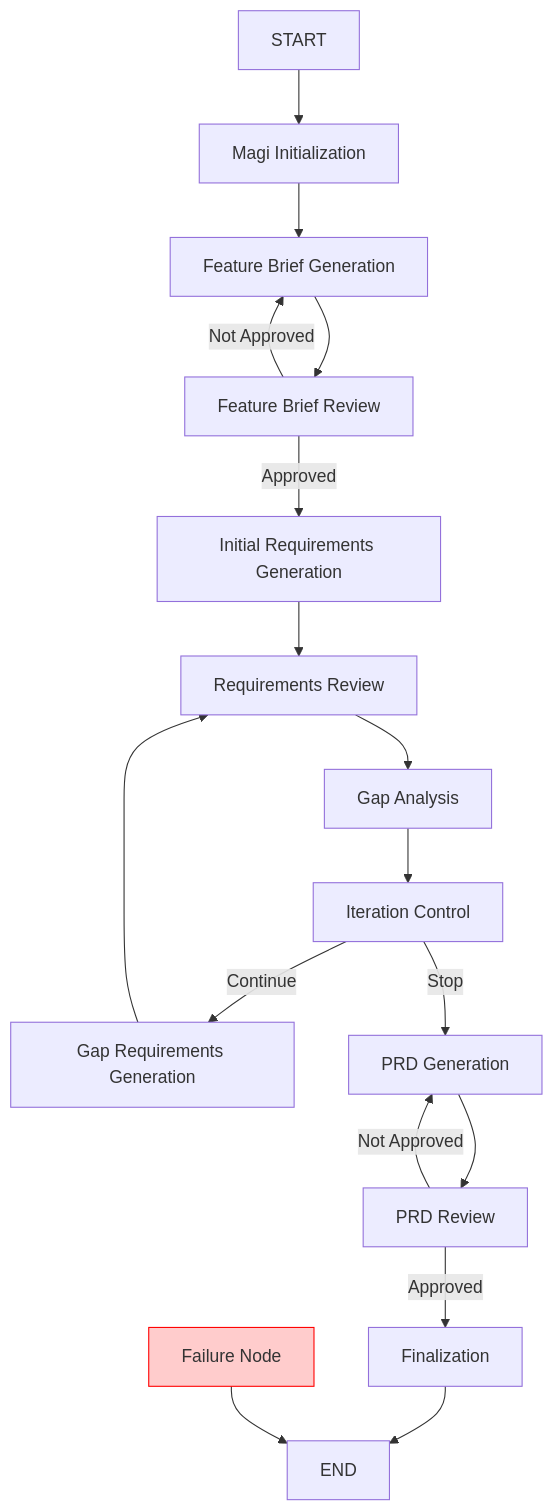
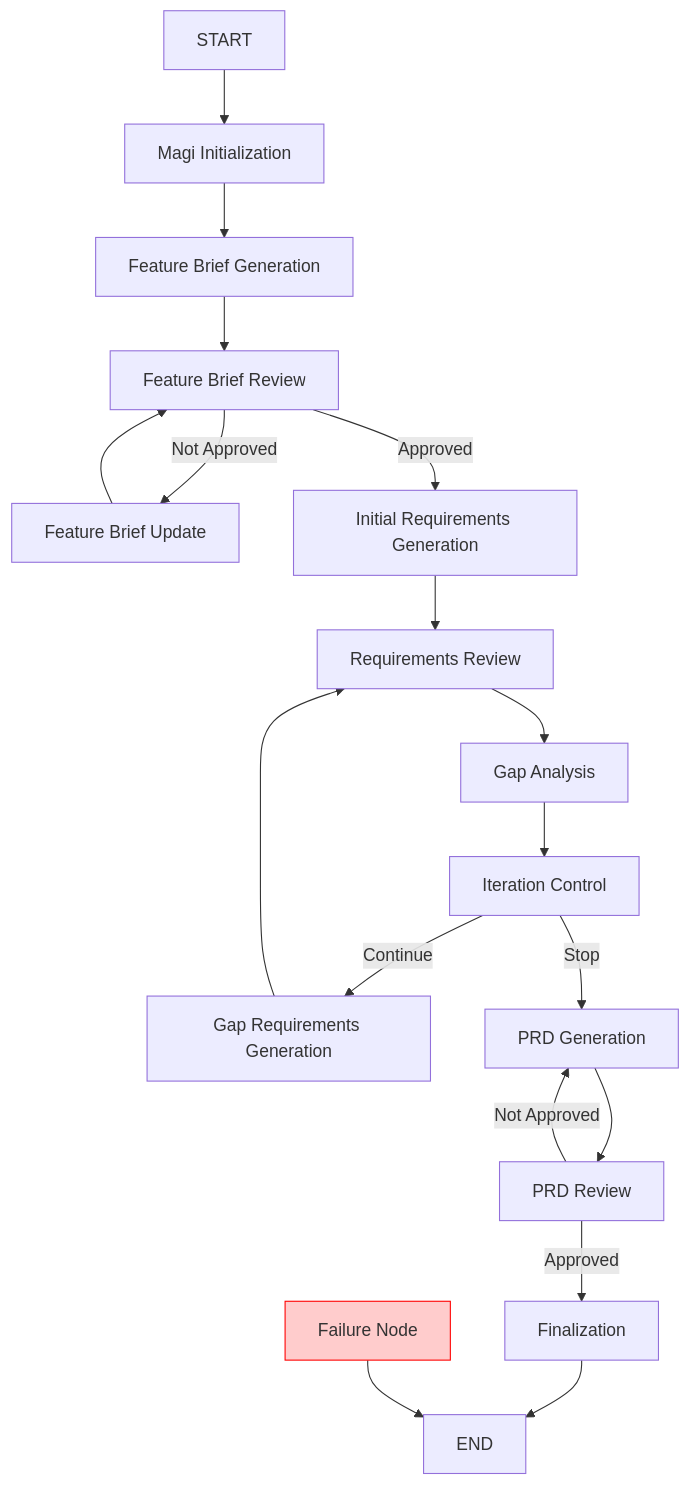
One commit to forcedotcom/mobile-mcp-tools changed the diagram in docs/8_prd_workflow_architecture.md. Above: the diagram before and after it, drawn with Mermaid. The commit also changed other lines of this file, not shown here.

Commit message:
feature brief iteration

````diff
--- a/docs/8_prd_workflow_architecture.md
+++ b/docs/8_prd_workflow_architecture.md
@@ -34,28 +34,29 @@
 ```mermaid
 graph TD
     Start[START] --> Init[Magi Initialization]
     Init --> FB[Feature Brief Generation]
     FB --> FBReview[Feature Brief Review]
-    FBReview -->|Not Approved| FB
+    FBReview -->|Not Approved| FBUpdate[Feature Brief Update]
+    FBUpdate --> FBReview
     FBReview -->|Approved| IR[Initial Requirements Generation]
     IR --> RR[Requirements Review]
     RR --> GA[Gap Analysis]
     
     GA --> IC[Iteration Control]
     
     IC -->|Continue| GR[Gap Requirements Generation]
     IC -->|Stop| PG[PRD Generation]
     
     GR --> RR
     
     PG --> PR[PRD Review]
     
     PR -->|Approved| F[Finalization]
     PR -->|Not Approved| PG
     
     F --> End[END]
     
     Error[Failure Node] --> End
     
     style Error fill:#ffcccc,stroke:#ff0000
 ```
````
